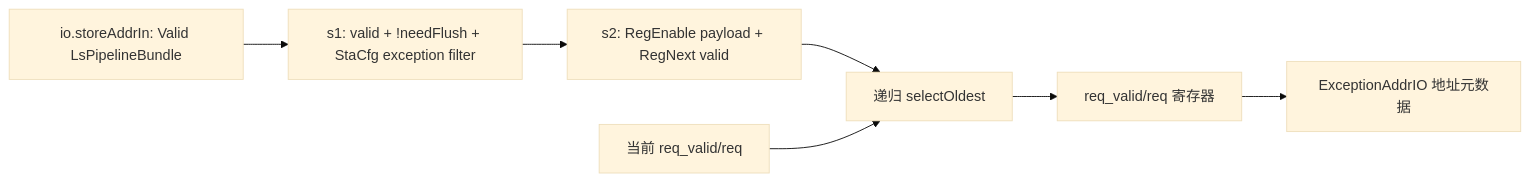
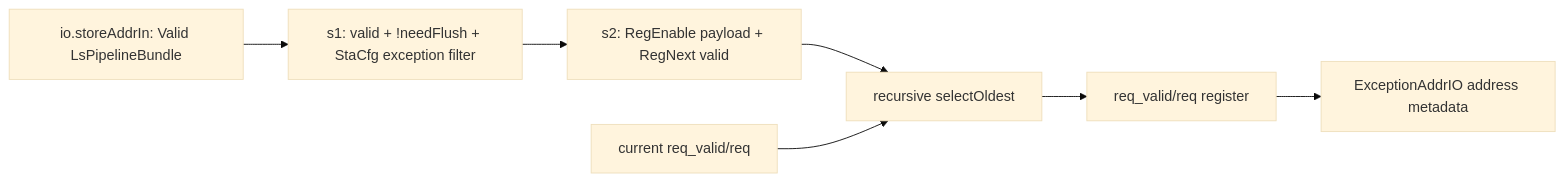
The third of 4 diagrams in xiangshan-course/docs-en/4-xiangshan-microarchitecture-analysis/3-xiangshan-source-code-analysis/memory/LoadStore-ExceptionBuffer.md (OpenXiangShan/XiangShanLab), drawn with Mermaid (base theme) before and after one commit. The commit also changed other lines of this file and 176 other files, not shown here.

````diff
--- a/xiangshan-course/docs-en/4-xiangshan-microarchitecture-analysis/3-xiangshan-source-code-analysis/memory/LoadStore-ExceptionBuffer.md
+++ b/xiangshan-course/docs-en/4-xiangshan-microarchitecture-analysis/3-xiangshan-source-code-analysis/memory/LoadStore-ExceptionBuffer.md
@@ -124,9 +229,9 @@
 ```mermaid
 flowchart LR
   A[io.storeAddrIn: Valid LsPipelineBundle] --> B[s1: valid + !needFlush + StaCfg exception filter]
   B --> C[s2: RegEnable payload + RegNext valid]
-  C --> D[递归 selectOldest]
-  R[当前 req_valid/req] --> D
-  D --> E[req_valid/req 寄存器]
-  E --> F[ExceptionAddrIO 地址元数据]
+  C --> D[recursive selectOldest]
+  R[current req_valid/req] --> D
+  D --> E[req_valid/req register]
+  E --> F[ExceptionAddrIO address metadata]
 ```
````
